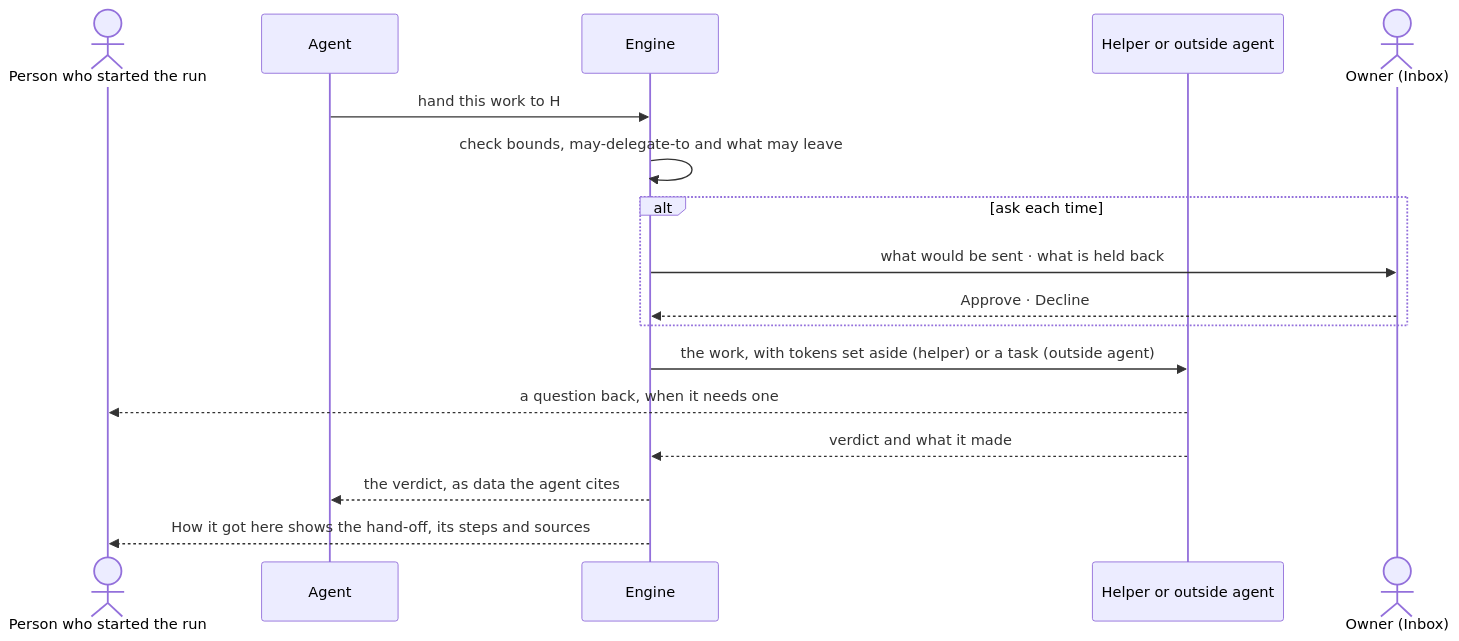
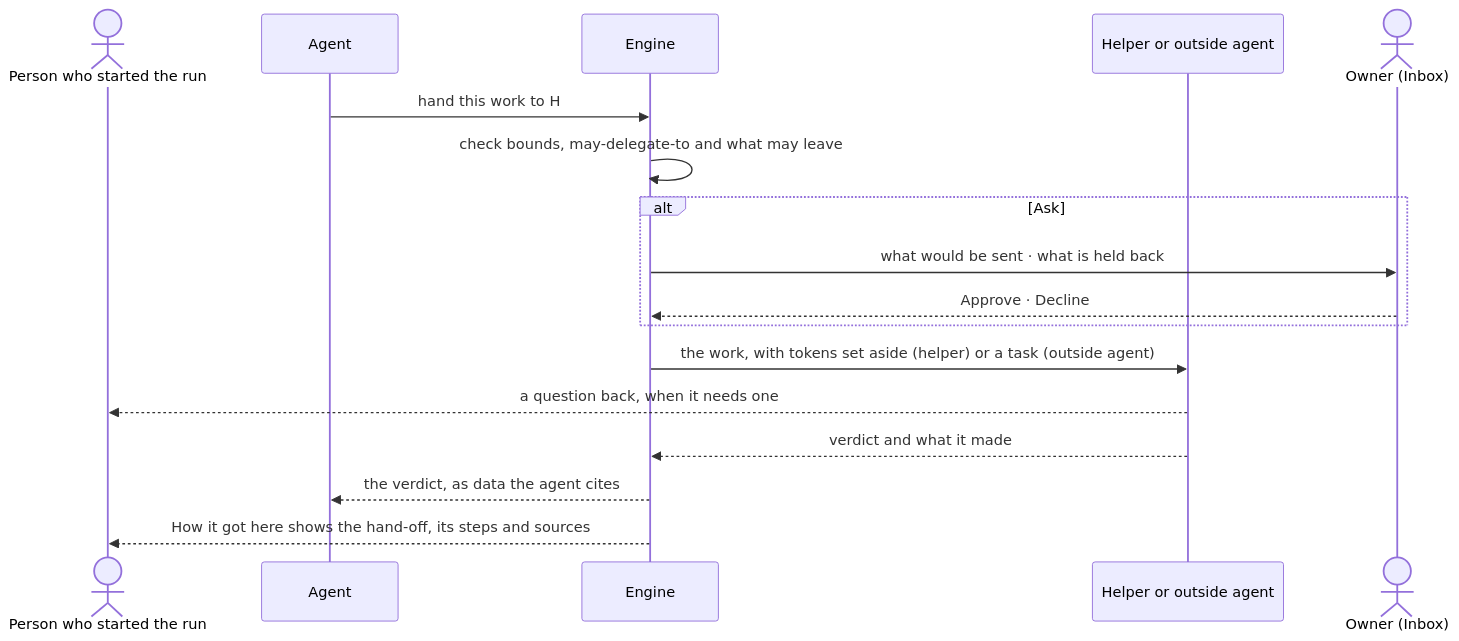
The second of 2 diagrams in specs/products/agents/features/AG-F05-delegation-and-outside-agents/feature.md (invana/invana), drawn with Mermaid before and after one commit. The commit also changed other lines of this file and 425 other files, not shown here.

````diff
--- a/specs/products/agents/features/AG-F05-delegation-and-outside-agents/feature.md
+++ b/specs/products/agents/features/AG-F05-delegation-and-outside-agents/feature.md
@@ -52,19 +52,19 @@
 ```mermaid
 sequenceDiagram
   actor P as Person who started the run
   participant A as Agent
   participant E as Engine
   participant H as Helper or outside agent
   actor O as Owner (Inbox)
   A->>E: hand this work to H
   E->>E: check bounds, may-delegate-to and what may leave
-  alt ask each time
+  alt Ask
     E->>O: what would be sent · what is held back
     O-->>E: Approve · Decline
   end
   E->>H: the work, with tokens set aside (helper) or a task (outside agent)
   H-->>P: a question back, when it needs one
   H-->>E: verdict and what it made
   E-->>A: the verdict, as data the agent cites
   E-->>P: How it got here shows the hand-off, its steps and sources
 ```
````
